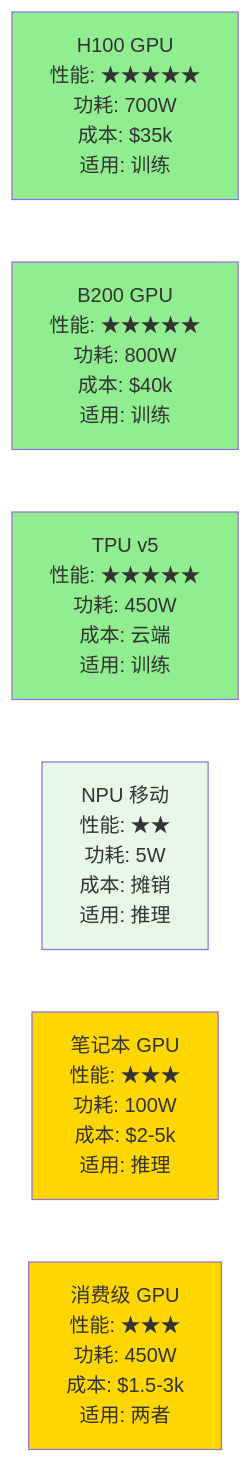
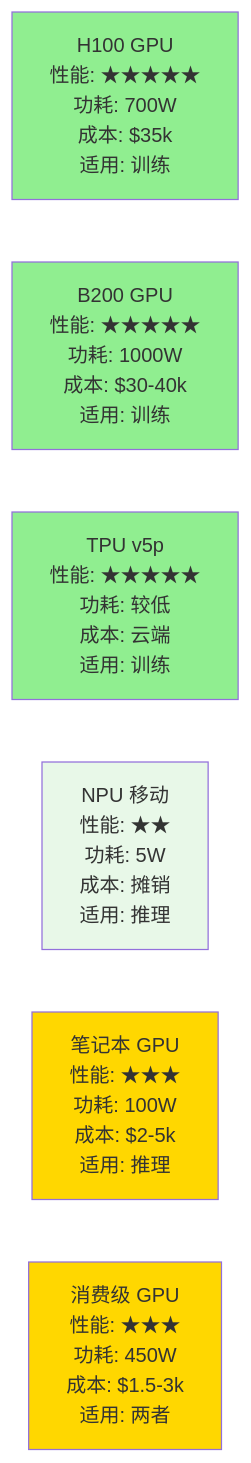
Before and after one commit to changsongyang/ai_beginner_guide: the diagram in 16_ai_hardware_quantum/16.1_ai_chips.md, drawn with Mermaid. The commit also changed other lines of this file and 17 other files, not shown here.

````diff
--- a/16_ai_hardware_quantum/16.1_ai_chips.md
+++ b/16_ai_hardware_quantum/16.1_ai_chips.md
@@ -163,21 +165,21 @@
 ```mermaid
 graph LR
     A["H100 GPU<br/>性能: ★★★★★<br/>功耗: 700W<br/>成本: $35k<br/>适用: 训练"]
 
-    B["B200 GPU<br/>性能: ★★★★★<br/>功耗: 800W<br/>成本: $40k<br/>适用: 训练"]
+    B["B200 GPU<br/>性能: ★★★★★<br/>功耗: 1000W<br/>成本: $30-40k<br/>适用: 训练"]
 
-    C["TPU v5<br/>性能: ★★★★★<br/>功耗: 450W<br/>成本: 云端<br/>适用: 训练"]
+    C["TPU v5p<br/>性能: ★★★★★<br/>功耗: 较低<br/>成本: 云端<br/>适用: 训练"]
 
     D["NPU 移动<br/>性能: ★★<br/>功耗: 5W<br/>成本: 摊销<br/>适用: 推理"]
 
     E["笔记本 GPU<br/>性能: ★★★<br/>功耗: 100W<br/>成本: $2-5k<br/>适用: 推理"]
 
     F["消费级 GPU<br/>性能: ★★★<br/>功耗: 450W<br/>成本: $1.5-3k<br/>适用: 两者"]
 
     style A fill:#90EE90
     style B fill:#90EE90
     style C fill:#90EE90
     style D fill:#E8F8E8
     style E fill:#FFD700
     style F fill:#FFD700
 ```
````
